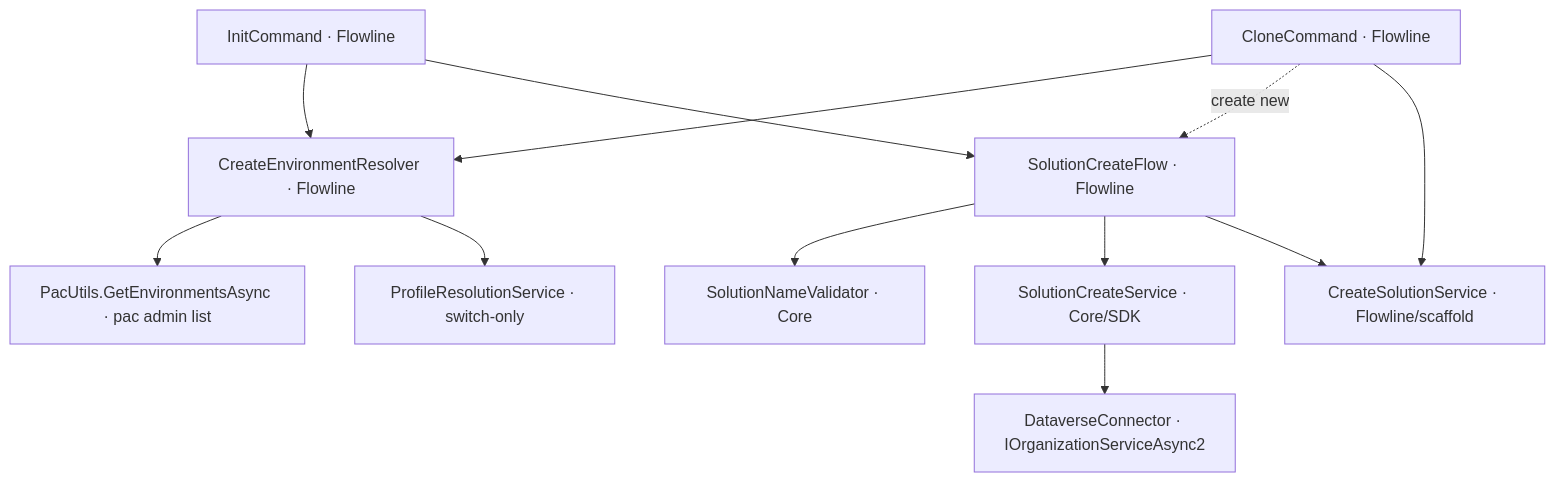
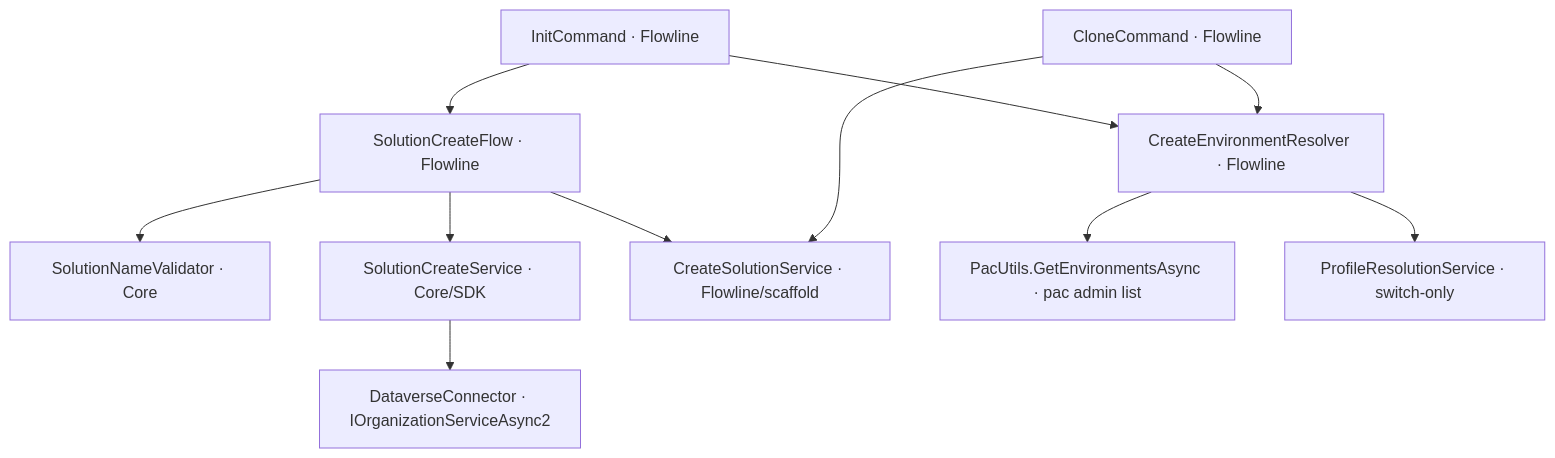
Before and after one commit to RemyDuijkeren/Flowline: the first of 2 diagrams in docs/plans/2026-08-01-001-feat-clone-init-greenfield-solution-plan.md, drawn with Mermaid. The commit also changed other lines of this file and 9 other files, not shown here.

````diff
--- a/docs/plans/2026-08-01-001-feat-clone-init-greenfield-solution-plan.md
+++ b/docs/plans/2026-08-01-001-feat-clone-init-greenfield-solution-plan.md
@@ -176,14 +201,13 @@
 ```mermaid
 flowchart TB
   init[InitCommand · Flowline] --> resolver[CreateEnvironmentResolver · Flowline]
   clone[CloneCommand · Flowline] --> resolver
   init --> flow[SolutionCreateFlow · Flowline]
-  clone -. create new .-> flow
   flow --> validator[SolutionNameValidator · Core]
   flow --> createSvc[SolutionCreateService · Core/SDK]
   flow --> scaffold[CreateSolutionService · Flowline/scaffold]
   clone --> scaffold
   resolver --> pac[PacUtils.GetEnvironmentsAsync · pac admin list]
   resolver --> profiles[ProfileResolutionService · switch-only]
   createSvc --> conn[DataverseConnector · IOrganizationServiceAsync2]
 ```
````
